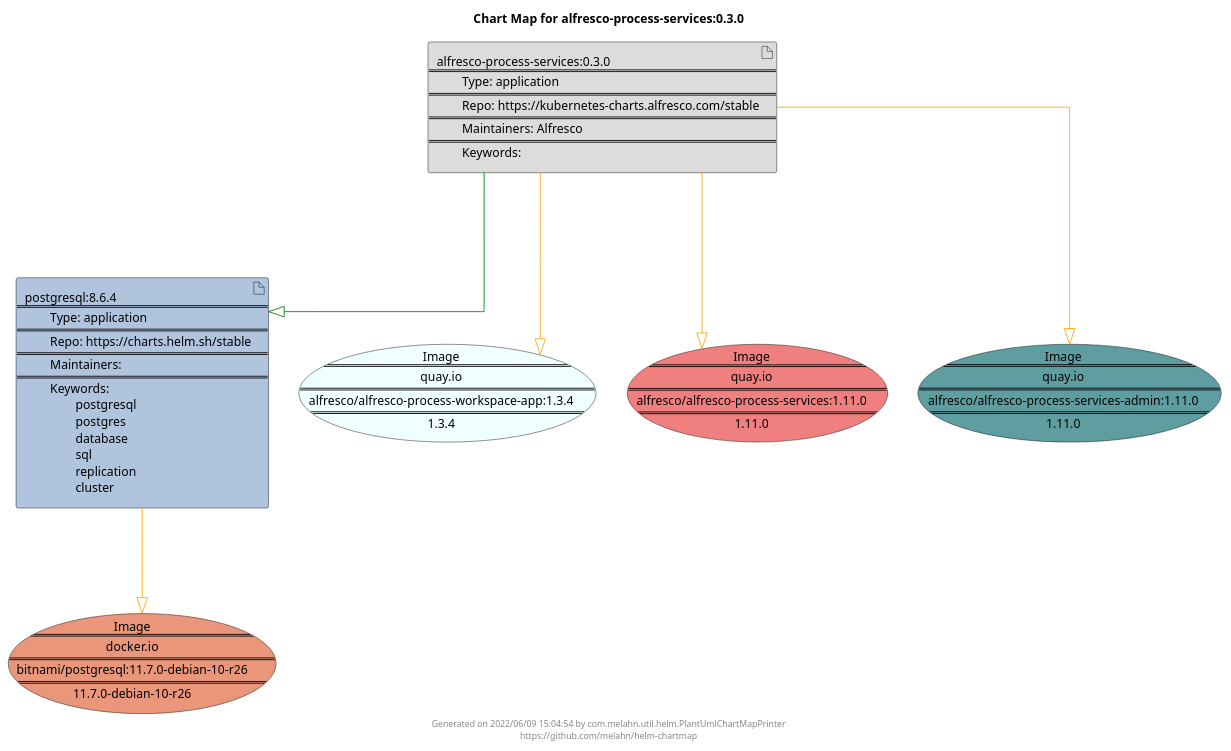
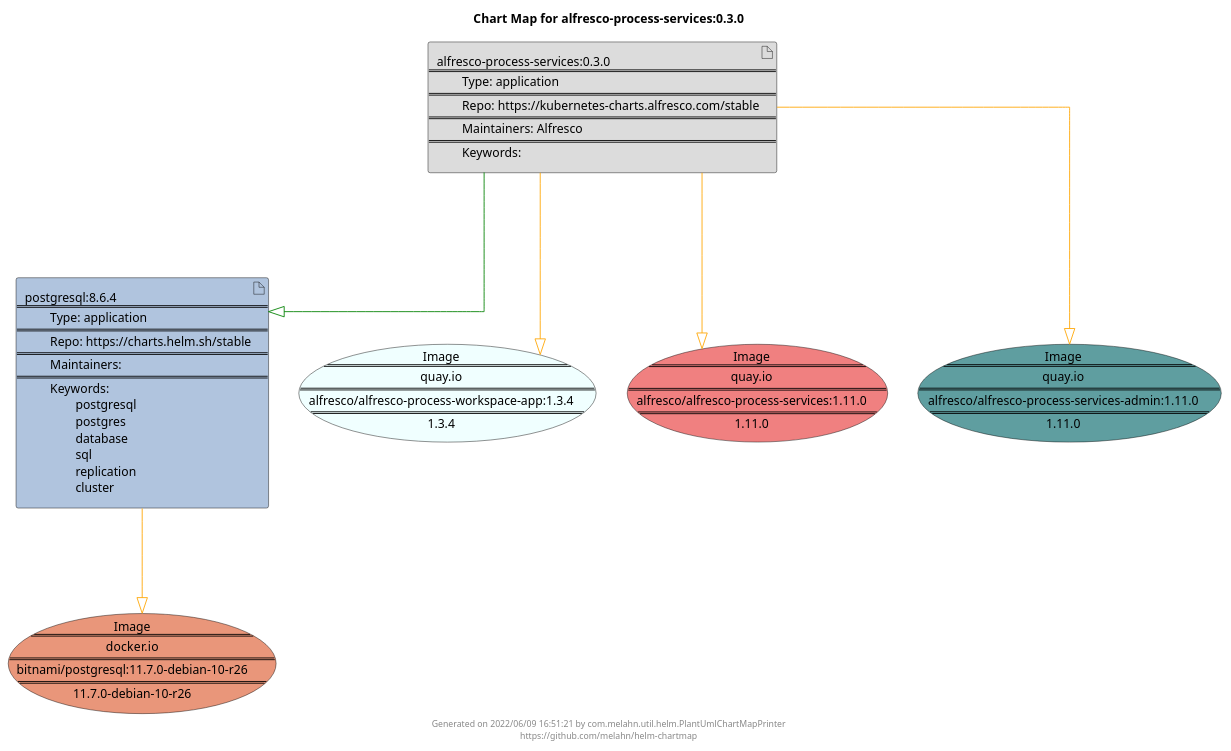
One commit to melahn/helm-chartmap changed the diagram in docs/alfresco-process-services/alfresco-process-services-0.3.0.puml. Above: the diagram before and after it, drawn with PlantUML. The commit also changed 59 other files, not shown here.

Commit message:
Update Example Chart Maps as part of GitHub build

```diff
--- a/docs/alfresco-process-services/alfresco-process-services-0.3.0.puml
+++ b/docs/alfresco-process-services/alfresco-process-services-0.3.0.puml
@@ -1,29 +1,29 @@
 @startuml
 skinparam linetype ortho
 skinparam backgroundColor white
 skinparam usecaseBorderColor black
 skinparam usecaseArrowColor LightSlateGray
 skinparam artifactBorderColor black
 skinparam artifactArrowColor LightSlateGray
 
 title Chart Map for alfresco-process-services:0.3.0
 
 'There are 2 referenced Helm Charts
 artifact "alfresco-process-services:0.3.0\n====\n\tType: application\n====\n\tRepo: https://kubernetes-charts.alfresco.com/stable\n====\n\tMaintainers: Alfresco\n====\n\tKeywords: " as alfresco_process_services_0_3_0 #Gainsboro
 artifact "postgresql:8.6.4\n====\n\tType: application\n====\n\tRepo: https://charts.helm.sh/stable\n====\n\tMaintainers: \n====\n\tKeywords: \n\t\tpostgresql\n\t\tpostgres\n\t\tdatabase\n\t\tsql\n\t\treplication\n\t\tcluster" as postgresql_8_6_4 #LightSteelBlue
 
 'There are 4 referenced Docker Images
 usecase "Image\n====\nquay.io\n====\nalfresco/alfresco-process-workspace-app:1.3.4\n====\n1.3.4" as quay_io_alfresco_alfresco_process_workspace_app_1_3_4 #Azure
 usecase "Image\n====\nquay.io\n====\nalfresco/alfresco-process-services:1.11.0\n====\n1.11.0" as quay_io_alfresco_alfresco_process_services_1_11_0 #LightCoral
 usecase "Image\n====\nquay.io\n====\nalfresco/alfresco-process-services-admin:1.11.0\n====\n1.11.0" as quay_io_alfresco_alfresco_process_services_admin_1_11_0 #CadetBlue
 usecase "Image\n====\ndocker.io\n====\nbitnami/postgresql:11.7.0-debian-10-r26\n====\n11.7.0-debian-10-r26" as docker_io_bitnami_postgresql_11_7_0_debian_10_r26 #DarkSalmon
 
 'Chart Dependencies
 alfresco_process_services_0_3_0--[#green]-|>postgresql_8_6_4
 alfresco_process_services_0_3_0--[#orange]-|>quay_io_alfresco_alfresco_process_services_admin_1_11_0
 alfresco_process_services_0_3_0--[#orange]-|>quay_io_alfresco_alfresco_process_workspace_app_1_3_4
 alfresco_process_services_0_3_0--[#orange]-|>quay_io_alfresco_alfresco_process_services_1_11_0
 postgresql_8_6_4--[#orange]-|>docker_io_bitnami_postgresql_11_7_0_debian_10_r26
 
-center footer Generated on 2022/06/09 15:04:54 by com.melahn.util.helm.PlantUmlChartMapPrinter\nhttps://github.com/melahn/helm-chartmap
+center footer Generated on 2022/06/09 16:51:21 by com.melahn.util.helm.PlantUmlChartMapPrinter\nhttps://github.com/melahn/helm-chartmap
 @enduml
```
